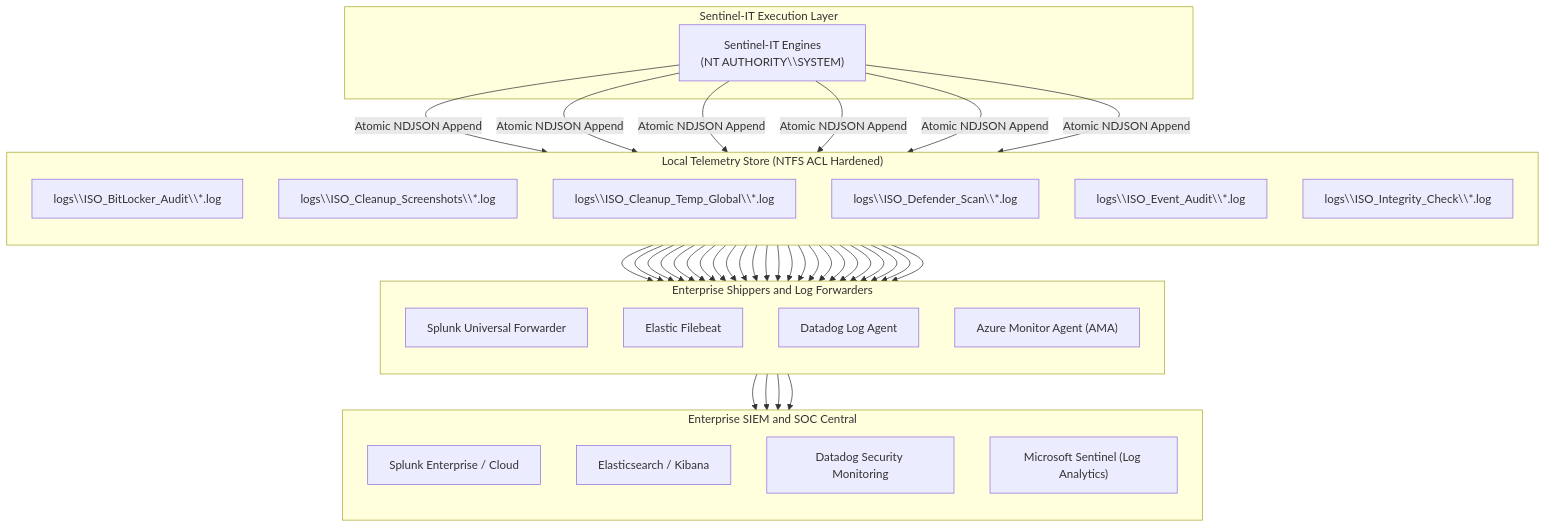
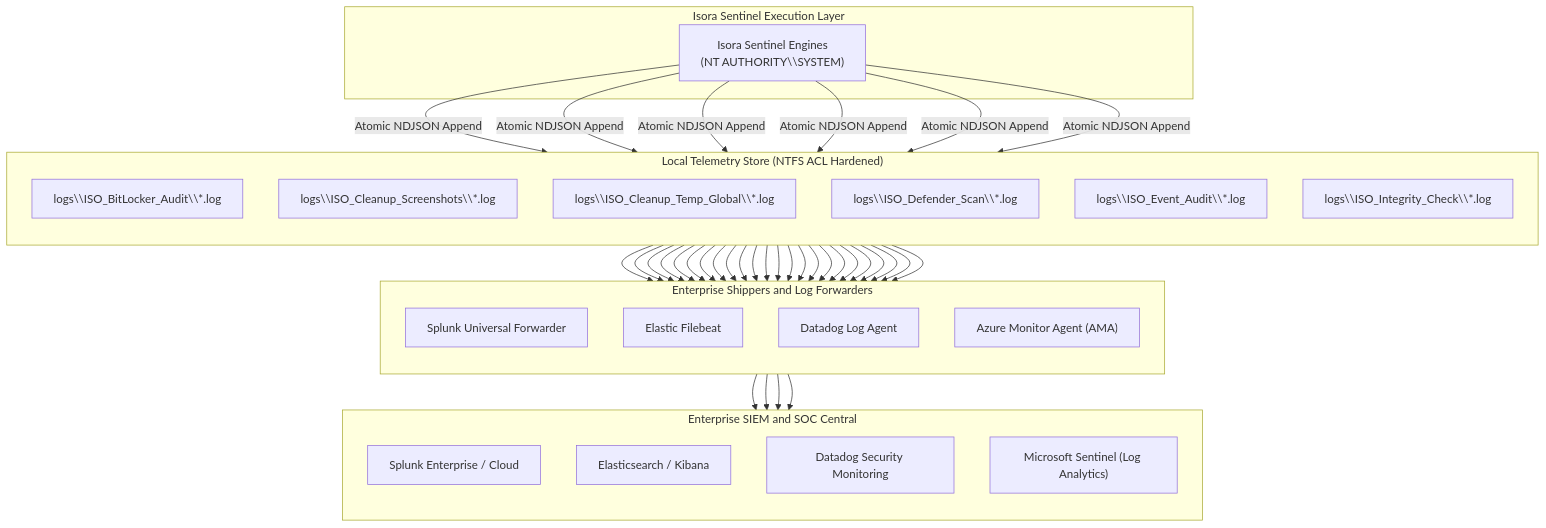
Before and after one commit to isora-cloud-group/Isora-Sentinel: the diagram in docs/SIEM_INTEGRATION.md, drawn with Mermaid. The commit also changed other lines of this file and 44 other files, not shown here.

Commit message:
refactor: rebrand project to Isora Sentinel and add bilingual internationalization and security hardening

````diff
--- a/docs/SIEM_INTEGRATION.md
+++ b/docs/SIEM_INTEGRATION.md
@@ -17,39 +17,39 @@
 ```mermaid
 flowchart TD
-    subgraph SentinelIT["Sentinel-IT Execution Layer"]
-        Engines["Sentinel-IT Engines\n(NT AUTHORITY\\SYSTEM)"]
+    subgraph SentinelIT["Isora Sentinel Execution Layer"]
+        Engines["Isora Sentinel Engines\n(NT AUTHORITY\\SYSTEM)"]
     end
 
     subgraph LocalForensicStore["Local Telemetry Store (NTFS ACL Hardened)"]
         direction TB
         LogBitLocker["logs\\ISO_BitLocker_Audit\\*.log"]
         LogScreenshots["logs\\ISO_Cleanup_Screenshots\\*.log"]
         LogTemp["logs\\ISO_Cleanup_Temp_Global\\*.log"]
         LogDefender["logs\\ISO_Defender_Scan\\*.log"]
         LogEvents["logs\\ISO_Event_Audit\\*.log"]
         LogIntegrity["logs\\ISO_Integrity_Check\\*.log"]
     end
 
     subgraph ForwarderLayer["Enterprise Shippers and Log Forwarders"]
         direction TB
         SplunkShipper["Splunk Universal Forwarder"]
         ElasticShipper["Elastic Filebeat"]
         DatadogShipper["Datadog Log Agent"]
         AzureShipper["Azure Monitor Agent (AMA)"]
     end
 
     subgraph CentralSIEM["Enterprise SIEM and SOC Central"]
         direction TB
         SplunkCloud["Splunk Enterprise / Cloud"]
         ElasticCloud["Elasticsearch / Kibana"]
         DatadogCloud["Datadog Security Monitoring"]
         SentinelCloud["Microsoft Sentinel (Log Analytics)"]
     end
 
     Engines -->|Atomic NDJSON Append| LogBitLocker & LogScreenshots & LogTemp & LogDefender & LogEvents & LogIntegrity
     LogBitLocker & LogScreenshots & LogTemp & LogDefender & LogEvents & LogIntegrity --> SplunkShipper & ElasticShipper & DatadogShipper & AzureShipper
     SplunkShipper --> SplunkCloud
     ElasticShipper --> ElasticCloud
     DatadogShipper --> DatadogCloud
     AzureShipper --> SentinelCloud
 ```
````
